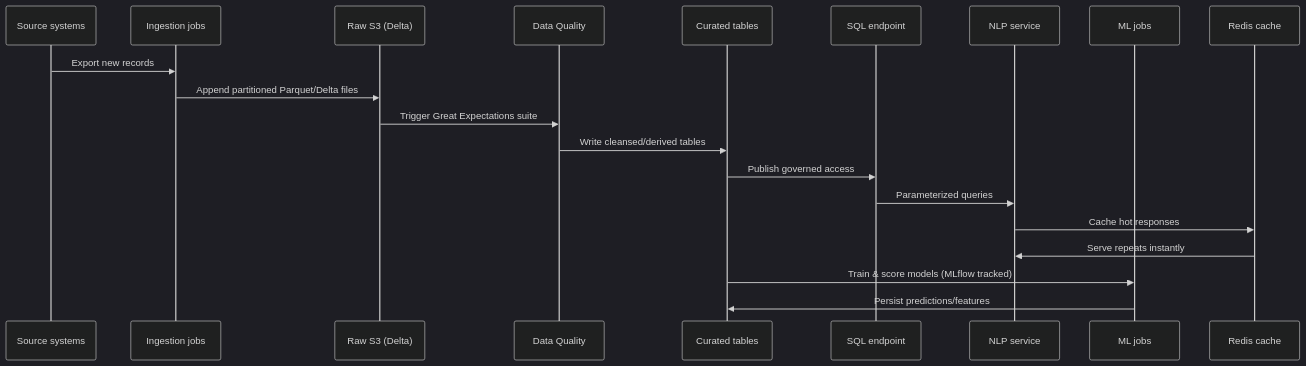
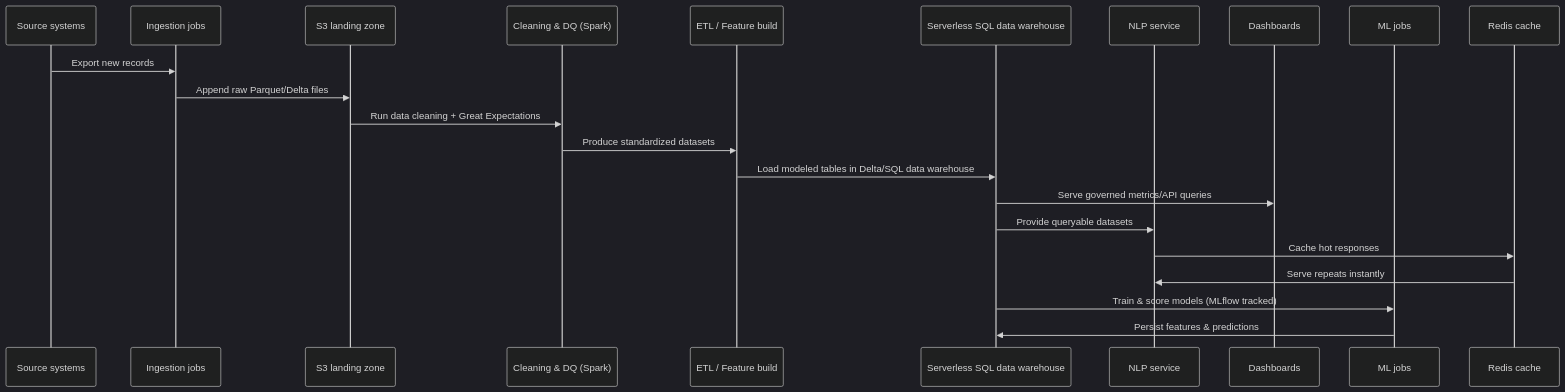
Before and after one commit to dinkarkumardk/3rdAssignment: the third of 3 diagrams in SCALABILITY_AND_DATA_PLATFORM_STRATEGY.md, drawn with Mermaid (dark theme). The commit also changed other lines of this file, not shown here.

````diff
--- a/SCALABILITY_AND_DATA_PLATFORM_STRATEGY.md
+++ b/SCALABILITY_AND_DATA_PLATFORM_STRATEGY.md
@@ -110,23 +103,25 @@
 ```mermaid
 sequenceDiagram
 	participant Src as Source systems
 	participant Ingest as Ingestion jobs
-	participant Raw as Raw S3 (Delta)
-	participant DQ as Data Quality
-	participant Curated as Curated tables
-	participant SQL as SQL endpoint
+	participant S3 as S3 landing zone
+	participant Clean as Cleaning & DQ (Spark)
+	participant ETL as ETL / Feature build
+	participant DW as Serverless SQL data warehouse
 	participant NLP as NLP service
+	participant Dash as Dashboards
 	participant ML as ML jobs
 	participant Redis as Redis cache
 
 	Src->>Ingest: Export new records
-	Ingest->>Raw: Append partitioned Parquet/Delta files
-	Raw->>DQ: Trigger Great Expectations suite
-	DQ->>Curated: Write cleansed/derived tables
-	Curated->>SQL: Publish governed access
-	SQL->>NLP: Parameterized queries
+	Ingest->>S3: Append raw Parquet/Delta files
+	S3->>Clean: Run data cleaning + Great Expectations
+	Clean->>ETL: Produce standardized datasets
+	ETL->>DW: Load modeled tables in Delta/SQL data warehouse
+	DW->>Dash: Serve governed metrics/API queries
+	DW->>NLP: Provide queryable datasets
 	NLP->>Redis: Cache hot responses
 	Redis->>NLP: Serve repeats instantly
-	Curated->>ML: Train & score models (MLflow tracked)
-	ML->>Curated: Persist predictions/features
+	DW->>ML: Train & score models (MLflow tracked)
+	ML->>DW: Persist features & predictions
 ```
````
